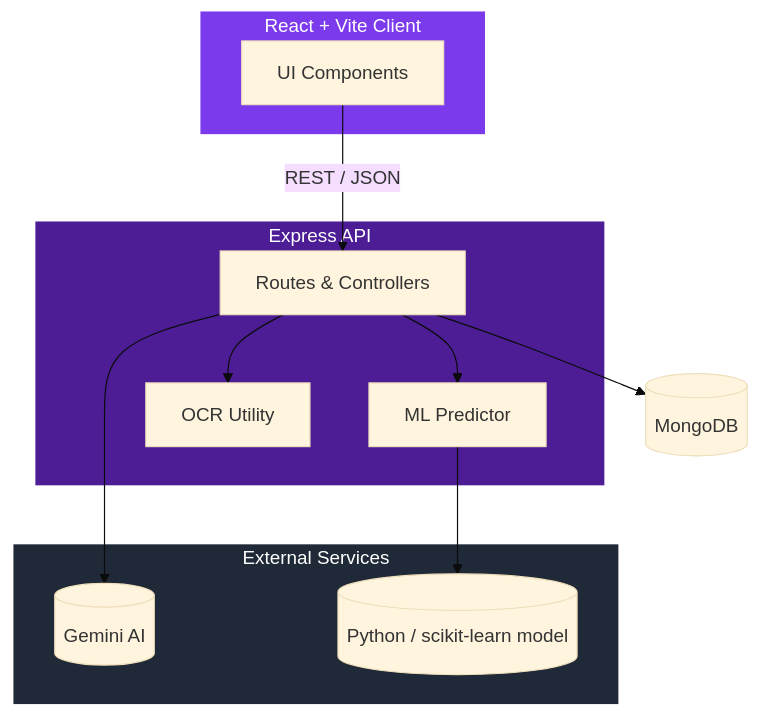
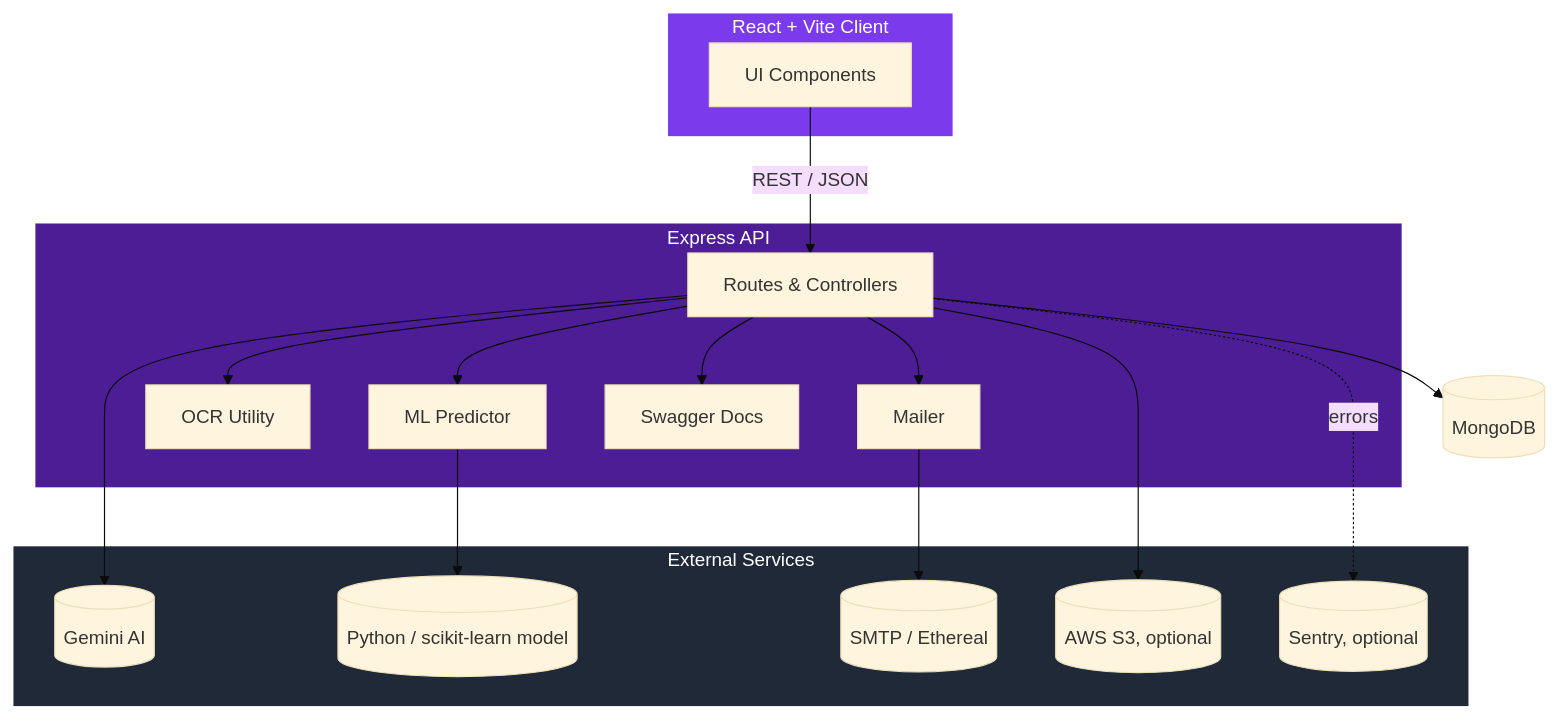
Before and after one commit to divyanshAg04/DecisionVault: the second of 2 diagrams in README.md, drawn with Mermaid (base theme). The commit also changed other lines of this file, not shown here.

````diff
--- a/README.md
+++ b/README.md
@@ -169,30 +187,40 @@
 ```mermaid
 flowchart TB
     subgraph Client["React + Vite Client"]
         UI[UI Components]
     end
 
     subgraph Server["Express API"]
         Routes[Routes & Controllers]
         ML[ML Predictor]
         OCR[OCR Utility]
+        Mailer[Mailer]
+        Docs[Swagger Docs]
     end
 
     subgraph External["External Services"]
         Gemini[(Gemini AI)]
         Sklearn[(Python / scikit-learn model)]
+        SMTP[(SMTP / Ethereal)]
+        S3[(AWS S3, optional)]
+        Sentry[(Sentry, optional)]
     end
 
     DB[(MongoDB)]
 
     UI -- REST / JSON --> Routes
     Routes --> DB
     Routes --> ML
     ML --> Sklearn
     Routes --> Gemini
     Routes --> OCR
+    Routes --> Mailer
+    Mailer --> SMTP
+    Routes --> S3
+    Routes -.errors.-> Sentry
+    Routes --> Docs
 
     style Client fill:#7C3AED,color:#fff,stroke:none
     style Server fill:#4C1D95,color:#fff,stroke:none
     style External fill:#1F2937,color:#fff,stroke:none
 ```
````
